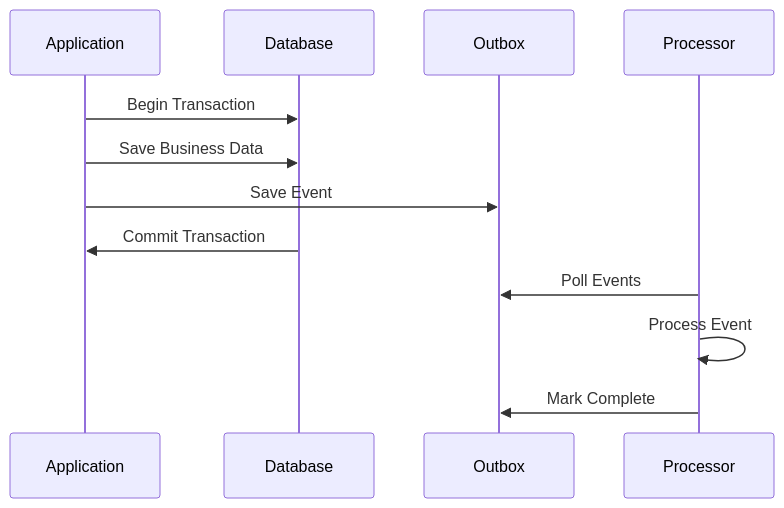
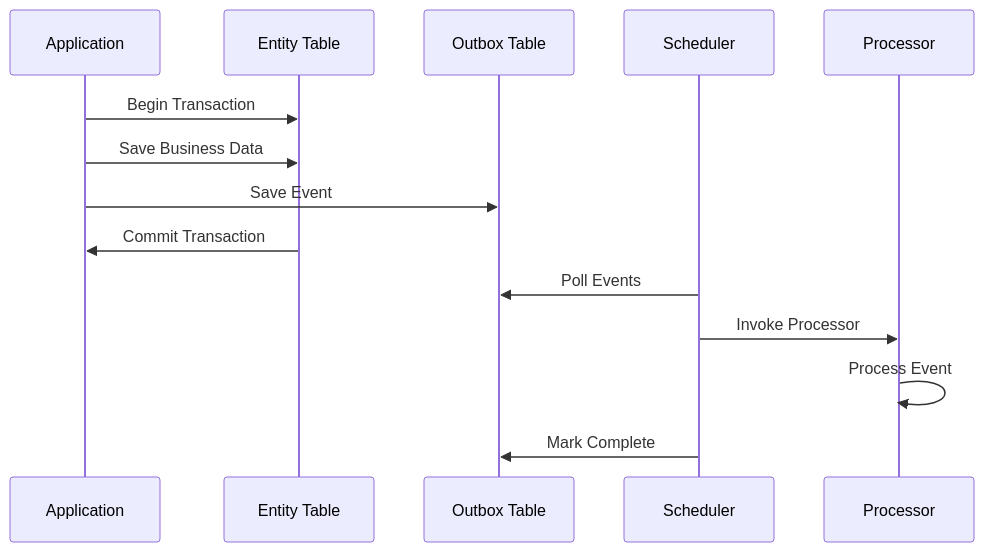
The first of 2 diagrams in docs/features.md (namastack/namastack-website), drawn with Mermaid before and after one commit. The commit also changed other lines of this file and 1 other file, not shown here.

````diff
--- a/docs/features.md
+++ b/docs/features.md
@@ -22,15 +22,17 @@
 ```mermaid
 sequenceDiagram
     participant A as Application
-    participant DB as Database
-    participant O as Outbox
+    participant DB as Entity Table
+    participant O as Outbox Table
+    participant S as Scheduler
     participant P as Processor
     
     A->>DB: Begin Transaction
     A->>DB: Save Business Data
     A->>O: Save Event
     DB->>A: Commit Transaction
-    P->>O: Poll Events
+    S->>O: Poll Events
+    S->>P: Invoke Processor
     P->>P: Process Event
-    P->>O: Mark Complete
+    S->>O: Mark Complete
 ```
````
